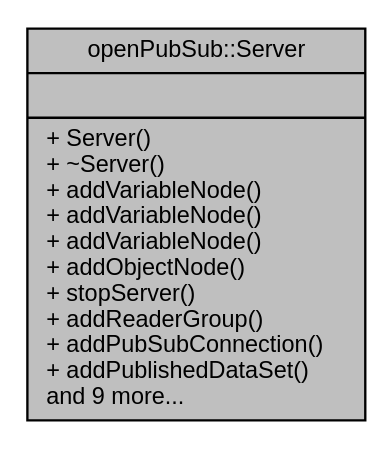
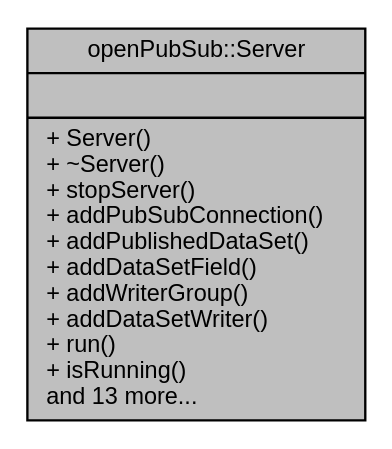
Before and after one commit to makreft/openPubSub: the diagram in classopenPubSub_1_1Server__coll__graph.dot, drawn with Graphviz. The commit also changed 26 other files, not shown here.

```diff
--- a/classopenPubSub_1_1Server__coll__graph.dot
+++ b/classopenPubSub_1_1Server__coll__graph.dot
@@ -1,7 +1,7 @@
 digraph "openPubSub::Server"
 {
  // LATEX_PDF_SIZE
   edge [fontname="Helvetica",fontsize="10",labelfontname="Helvetica",labelfontsize="10"];
   node [fontname="Helvetica",fontsize="10",shape=record];
-  Node1 [label="{openPubSub::Server\n||+ Server()\l+ ~Server()\l+ addVariableNode()\l+ addVariableNode()\l+ addVariableNode()\l+ addObjectNode()\l+ stopServer()\l+ addReaderGroup()\l+ addPubSubConnection()\l+ addPublishedDataSet()\land 9 more...\l}",height=0.2,width=0.4,color="black", fillcolor="grey75", style="filled", fontcolor="black",tooltip=" "];
+  Node1 [label="{openPubSub::Server\n||+ Server()\l+ ~Server()\l+ stopServer()\l+ addPubSubConnection()\l+ addPublishedDataSet()\l+ addDataSetField()\l+ addWriterGroup()\l+ addDataSetWriter()\l+ run()\l+ isRunning()\land 13 more...\l}",height=0.2,width=0.4,color="black", fillcolor="grey75", style="filled", fontcolor="black",tooltip=" "];
 }
```
